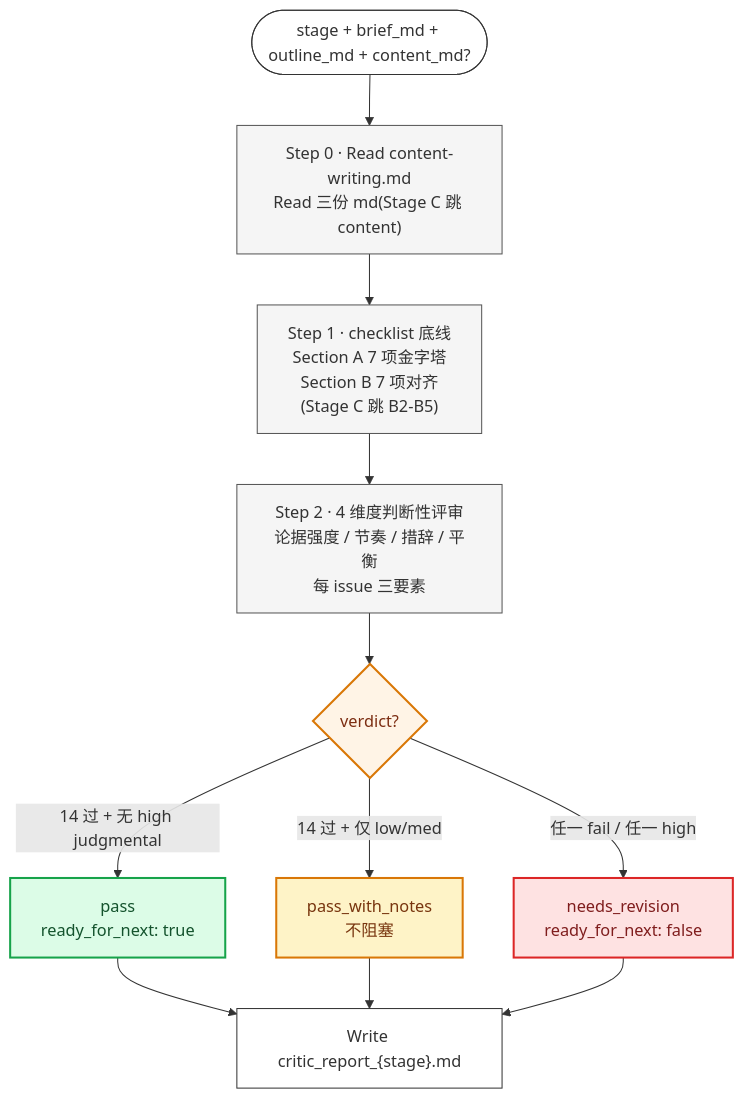
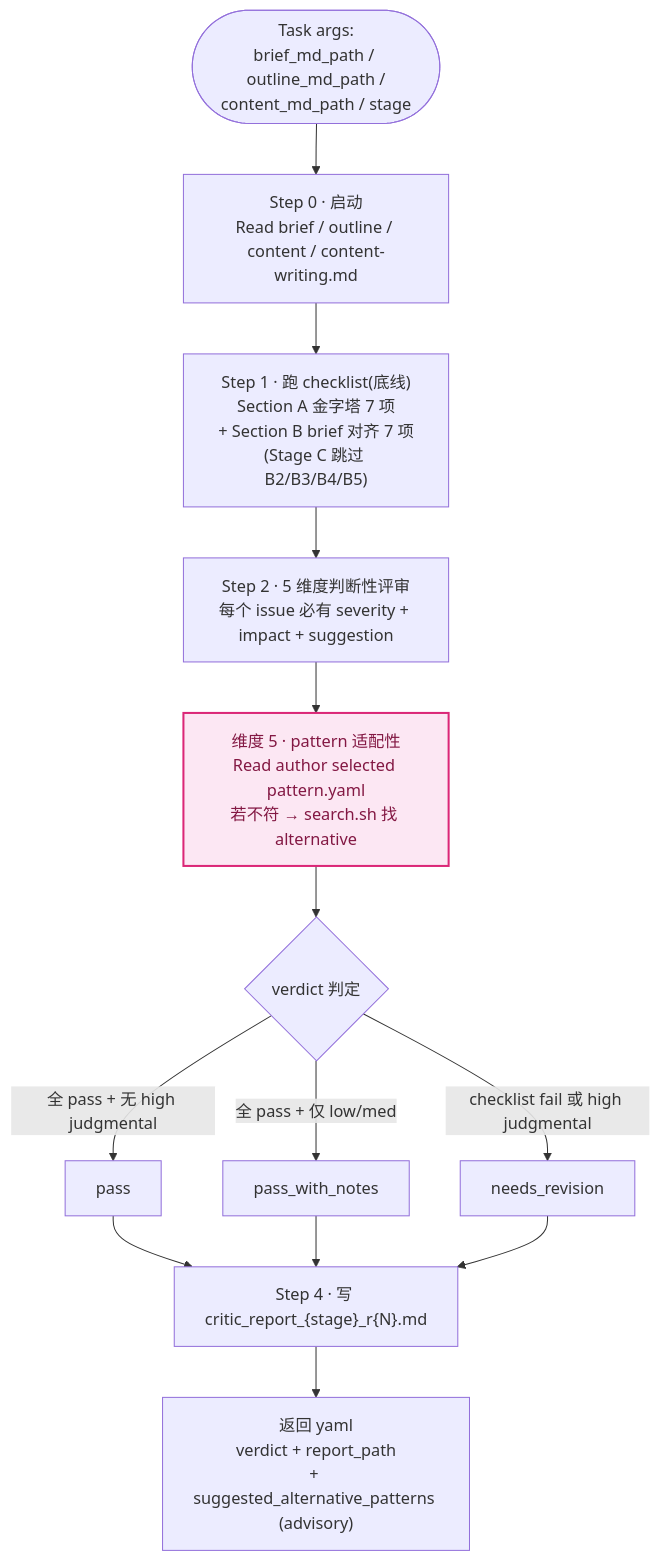
One commit to rogerluo2016ROL/iLovePPT changed the eighth of 11 diagrams in docs/agent-internals.zh.md. Above: the diagram before and after it, drawn with Mermaid. The commit also changed other lines of this file, not shown here.

First line of the commit message:
docs(agent-internals): rewrite by capability axis (v2) + all flowcharts to mermaid

````diff
--- a/docs/agent-internals.zh.md
+++ b/docs/agent-internals.zh.md
@@ -238,28 +745,19 @@
 ```mermaid
 flowchart TB
-    I([stage + brief_md + outline_md + content_md?]) --> S0
-    S0["Step 0 · Read content-writing.md<br/>Read 三份 md(Stage C 跳 content)"] --> S1
-    S1["Step 1 · checklist 底线<br/>Section A 7 项金字塔<br/>Section B 7 项对齐<br/>(Stage C 跳 B2-B5)"] --> S2
-    S2["Step 2 · 4 维度判断性评审<br/>论据强度 / 节奏 / 措辞 / 平衡<br/>每 issue 三要素"] --> S3
-    S3{verdict?}
-    S3 -->|14 过 + 无 high judgmental| P["pass<br/>ready_for_next: true"]
-    S3 -->|14 过 + 仅 low/med| PN["pass_with_notes<br/>不阻塞"]
-    S3 -->|任一 fail / 任一 high| NR["needs_revision<br/>ready_for_next: false"]
-    P --> W["Write critic_report_{stage}.md"]
-    PN --> W
-    NR --> W
+    I([Task args:<br/>brief_md_path / outline_md_path /<br/>content_md_path / stage]) --> S0
+    S0["Step 0 · 启动<br/>Read brief / outline / content / content-writing.md"] --> S1
+    S1["Step 1 · 跑 checklist(底线)<br/>Section A 金字塔 7 项<br/>+ Section B brief 对齐 7 项<br/>(Stage C 跳过 B2/B3/B4/B5)"]
+    S1 --> S2["Step 2 · 5 维度判断性评审<br/>每个 issue 必有 severity + impact + suggestion"]
+    S2 --> S25["维度 5 · pattern 适配性<br/>Read author selected pattern.yaml<br/>若不符 → search.sh 找 alternative"]
+    S25 --> S3{verdict 判定}
+    S3 -->|全 pass + 无 high judgmental| P["pass"]
+    S3 -->|全 pass + 仅 low/med| PN["pass_with_notes"]
+    S3 -->|checklist fail 或 high judgmental| NR["needs_revision"]
+    P --> S4["Step 4 · 写 critic_report_{stage}_r{N}.md"]
+    PN --> S4
+    NR --> S4
+    S4 --> RET["返回 yaml<br/>verdict + report_path<br/>+ suggested_alternative_patterns (advisory)"]
 
-    classDef io fill:#FFF,stroke:#333
-    classDef step fill:#F5F5F5,stroke:#555
-    classDef gate fill:#FFF4E6,stroke:#D97706,stroke-width:2px,color:#7C2D12
-    classDef pass fill:#DCFCE7,stroke:#16A34A,stroke-width:2px,color:#14532D
-    classDef notes fill:#FEF3C7,stroke:#D97706,stroke-width:2px,color:#78350F
-    classDef fail fill:#FEE2E2,stroke:#DC2626,stroke-width:2px,color:#7F1D1D
-
-    class I,W io
-    class S0,S1,S2 step
-    class S3 gate
-    class P pass
-    class PN notes
-    class NR fail
+    classDef rag fill:#FCE7F3,stroke:#DB2777,stroke-width:2px,color:#831843
+    class S25 rag
 ```
````
